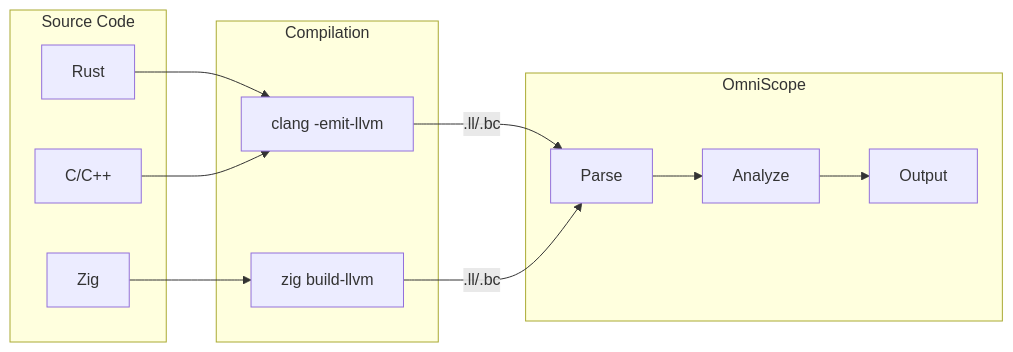
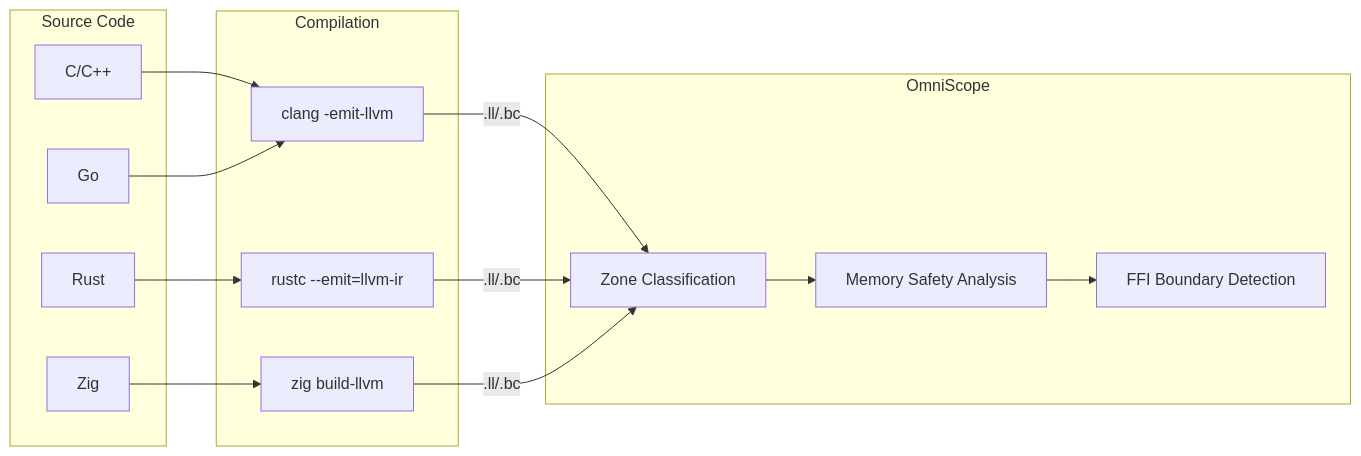
The third of 4 diagrams in README.md (Timwood0x10/OmniScope), drawn with Mermaid before and after one commit. The commit also changed other lines of this file and 41 other files, not shown here.

Commit message:
implement zone classification for Rust/C code

````diff
--- a/README.md
+++ b/README.md
@@ -69,24 +98,27 @@
 ```mermaid
 flowchart LR
     subgraph Source["Source Code"]
         Rust[Rust]
         Cpp[C/C++]
         Zig[Zig]
+        Go[Go]
     end
-
+    
     subgraph Compile["Compilation"]
-        RC[clang -emit-llvm]
-        ZC[zig build-llvm]
+        C1[clang -emit-llvm]
+        C2[rustc --emit=llvm-ir]
+        C3[zig build-llvm]
     end
-
+    
     subgraph Analysis["OmniScope"]
-        Parse[Parse]
-        Analyze[Analyze]
-        Output[Output]
+        A1[Zone Classification]
+        A2[Memory Safety Analysis]
+        A3[FFI Boundary Detection]
     end
-
-    Rust --> RC
-    Cpp --> RC
-    Zig --> ZC
-    RC & ZC --> |.ll/.bc| Parse --> Analyze --> Output
+    
+    Rust --> C2
+    Cpp --> C1
+    Zig --> C3
+    Go --> C1
+    C1 & C2 & C3 --> |.ll/.bc| A1 --> A2 --> A3
 ```
````
